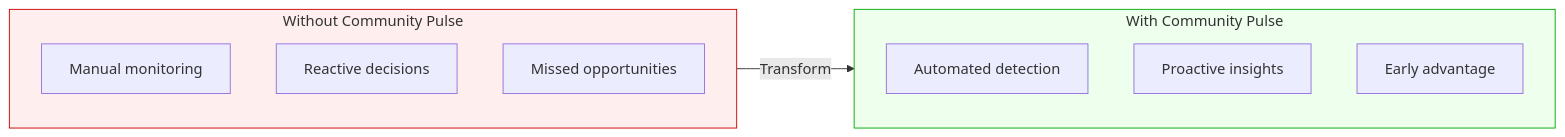
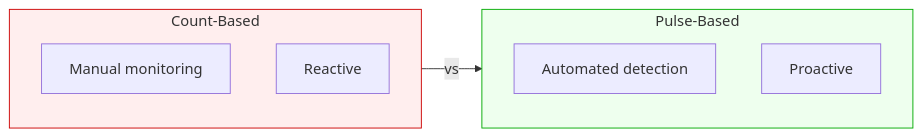
Before and after one commit to athola/community-pulse: the seventh of 7 diagrams in docs/slicksheet.md, drawn with Mermaid. The commit also changed other lines of this file and 22 other files, not shown here.

````diff
--- a/docs/slicksheet.md
+++ b/docs/slicksheet.md
@@ -286,19 +234,17 @@
 ```mermaid
 flowchart LR
-    subgraph Before["Without Community Pulse"]
+    subgraph Before["Count-Based"]
         B1[Manual monitoring]
-        B2[Reactive decisions]
-        B3[Missed opportunities]
+        B2[Reactive]
     end
 
-    subgraph After["With Community Pulse"]
+    subgraph After["Pulse-Based"]
         A1[Automated detection]
-        A2[Proactive insights]
-        A3[Early advantage]
+        A2[Proactive]
     end
 
-    Before -->|Transform| After
+    Before -->|vs| After
 
     style Before fill:#fee,stroke:#c00
     style After fill:#efe,stroke:#0a0
 ```
````
